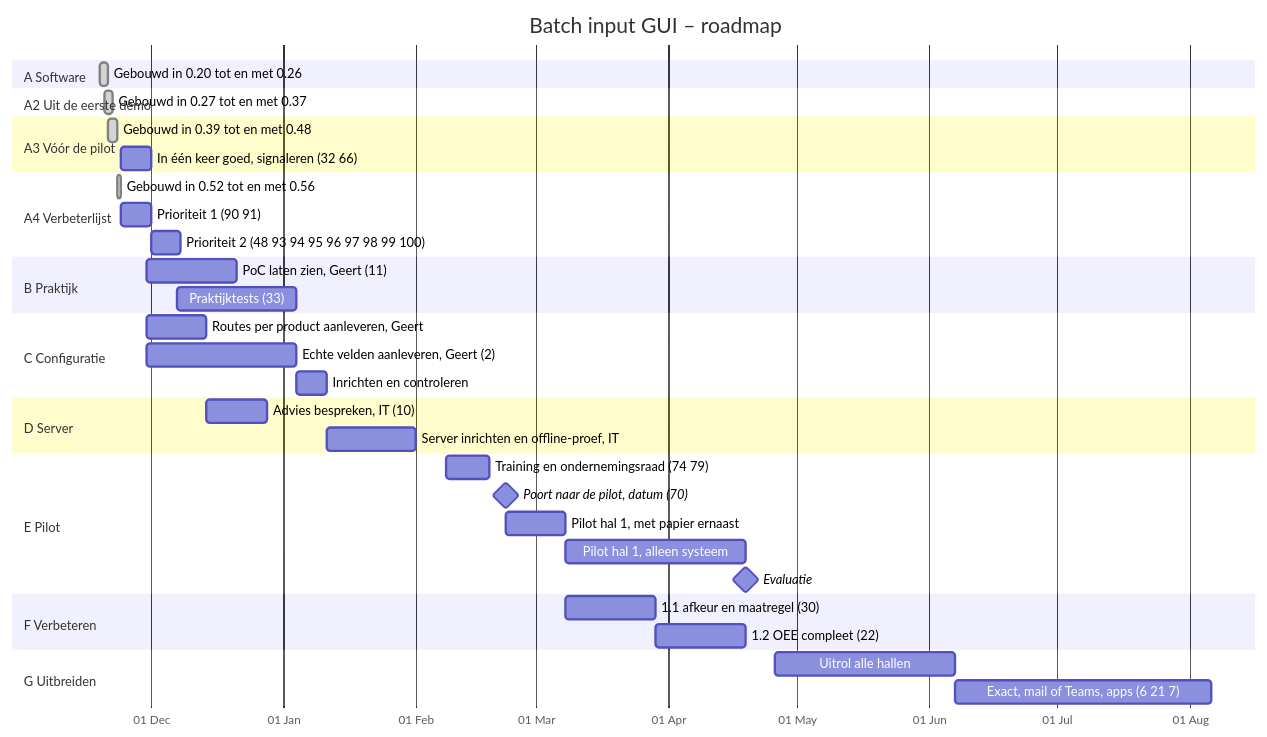
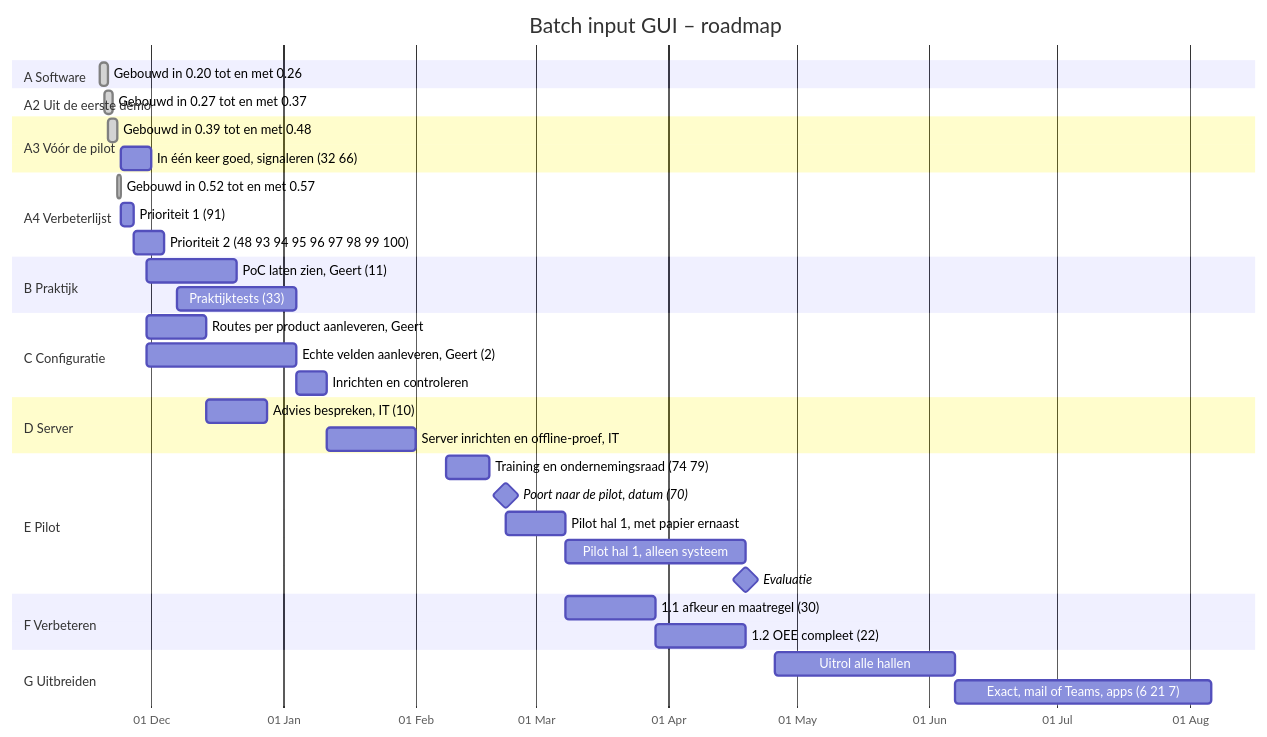
The diagram in ROADMAP.md (Gertjun/Manufacturing-Execution-System), drawn with Mermaid before and after one commit. The commit also changed other lines of this file and 25 other files, not shown here.

````diff
--- a/ROADMAP.md
+++ b/ROADMAP.md
@@ -12,50 +12,50 @@
 ```mermaid
 gantt
     title Batch input GUI – roadmap
     dateFormat YYYY-MM-DD
     axisFormat %d %b
     todayMarker on
 
     section A Software
     Gebouwd in 0.20 tot en met 0.26          :done, a1, 2026-11-19, 2d
 
     section A2 Uit de eerste demo
     Gebouwd in 0.27 tot en met 0.37          :done, a2, 2026-11-20, 2d
 
     section A3 Vóór de pilot
     Gebouwd in 0.39 tot en met 0.48          :done, a3a, 2026-11-21, 2d
     In één keer goed, signaleren (32 66)     :a3b, 2026-11-24, 7d
 
     section A4 Verbeterlijst
-    Gebouwd in 0.52 tot en met 0.56          :done, a4g, 2026-11-23, 1d
-    Prioriteit 1 (90 91)                     :a4a, 2026-11-24, 7d
+    Gebouwd in 0.52 tot en met 0.57          :done, a4g, 2026-11-23, 1d
+    Prioriteit 1 (91)                        :a4a, 2026-11-24, 3d
     Prioriteit 2 (48 93 94 95 96 97 98 99 100) :a4b, after a4a, 7d
 
     section B Praktijk
     PoC laten zien, Geert (11)               :b1, 2026-11-30, 21d
     Praktijktests (33)                       :b2, 2026-12-07, 28d
 
     section C Configuratie
     Routes per product aanleveren, Geert     :c0, 2026-11-30, 14d
     Echte velden aanleveren, Geert (2)       :c1, 2026-11-30, 35d
     Inrichten en controleren                 :c2, after c1, 7d
 
     section D Server
     Advies bespreken, IT (10)                :d1, 2026-12-14, 14d
     Server inrichten en offline-proef, IT    :d2, 2027-01-11, 21d
 
     section E Pilot
     Training en ondernemingsraad (74 79)     :e0, 2027-02-08, 10d
     Poort naar de pilot, datum (70)          :milestone, m1, 2027-02-22, 0d
     Pilot hal 1, met papier ernaast          :e1, 2027-02-22, 14d
     Pilot hal 1, alleen systeem              :e2, after e1, 42d
     Evaluatie                                :milestone, m2, 2027-04-19, 0d
 
     section F Verbeteren
     1.1 afkeur en maatregel (30)             :f1, 2027-03-08, 21d
     1.2 OEE compleet (22)                    :f2, after f1, 21d
 
     section G Uitbreiden
     Uitrol alle hallen                       :g1, 2027-04-26, 42d
     Exact, mail of Teams, apps (6 21 7)      :g2, 2027-06-07, 60d
 ```
````
